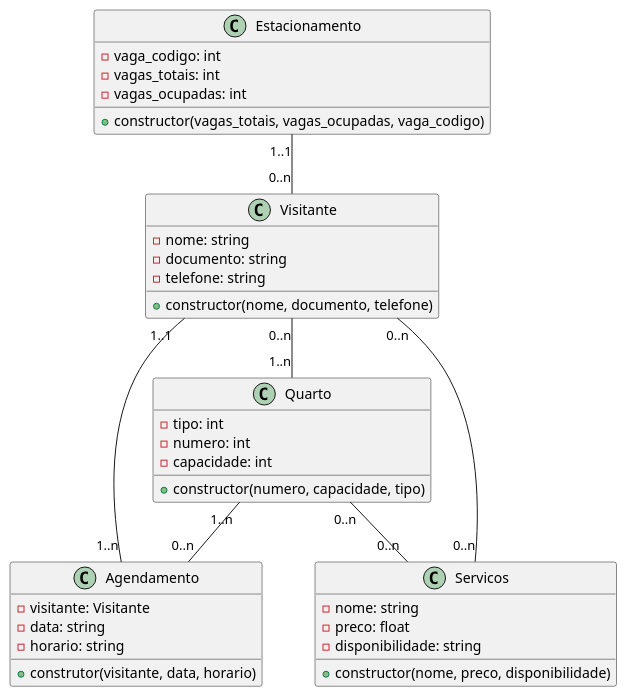
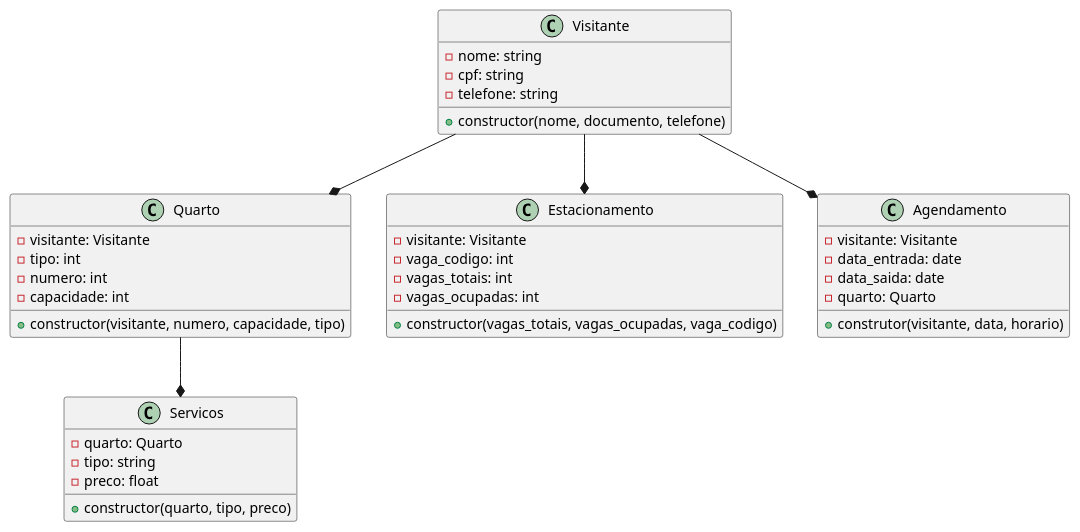
Before and after one commit to anleaes/2023-1-N2-POO-03: the diagram in diagrama/diagrama.puml, drawn with PlantUML. The commit also changed 3 other files, not shown here.

Commit message:
Alterações Diagrama, Arquivos Raiz e Gitignore

```diff
--- a/diagrama/diagrama.puml
+++ b/diagrama/diagrama.puml
@@ -1,42 +1,43 @@
 class Visitante {
   - nome: string
-  - documento: string
+  - cpf: string
   - telefone: string
   + constructor(nome, documento, telefone)
 }
 
 class Quarto {
+  - visitante: Visitante
   - tipo: int
   - numero: int
   - capacidade: int
-  + constructor(numero, capacidade, tipo)
+  + constructor(visitante, numero, capacidade, tipo)
 }
 
 class Estacionamento {
+  - visitante: Visitante
   - vaga_codigo: int
   - vagas_totais: int
   - vagas_ocupadas: int
   + constructor(vagas_totais, vagas_ocupadas, vaga_codigo)
 }
 
 class Agendamento {
   - visitante: Visitante
-  - data: string
-  - horario: string
+  - data_entrada: date
+  - data_saida: date
+  - quarto: Quarto
   + construtor(visitante, data, horario)
 }
 
 class Servicos {
-  - nome: string
+  - quarto: Quarto
+  - tipo: string
   - preco: float
-  - disponibilidade: string
-  + constructor(nome, preco, disponibilidade)
+  + constructor(quarto, tipo, preco)
 }
 
 
-Visitante "0..n" -- "1..n" Quarto
-Visitante "1..1" -- "1..n" Agendamento
-Visitante "0..n" -- "0..n" Servicos
-Quarto "1..n" -- "0..n" Agendamento
-Quarto "0..n" -- "0..n" Servicos
-Estacionamento "1..1" -- "0..n" Visitante
+Visitante --* Quarto
+Visitante --* Agendamento
+Quarto --* Servicos
+Visitante --* Estacionamento
```
